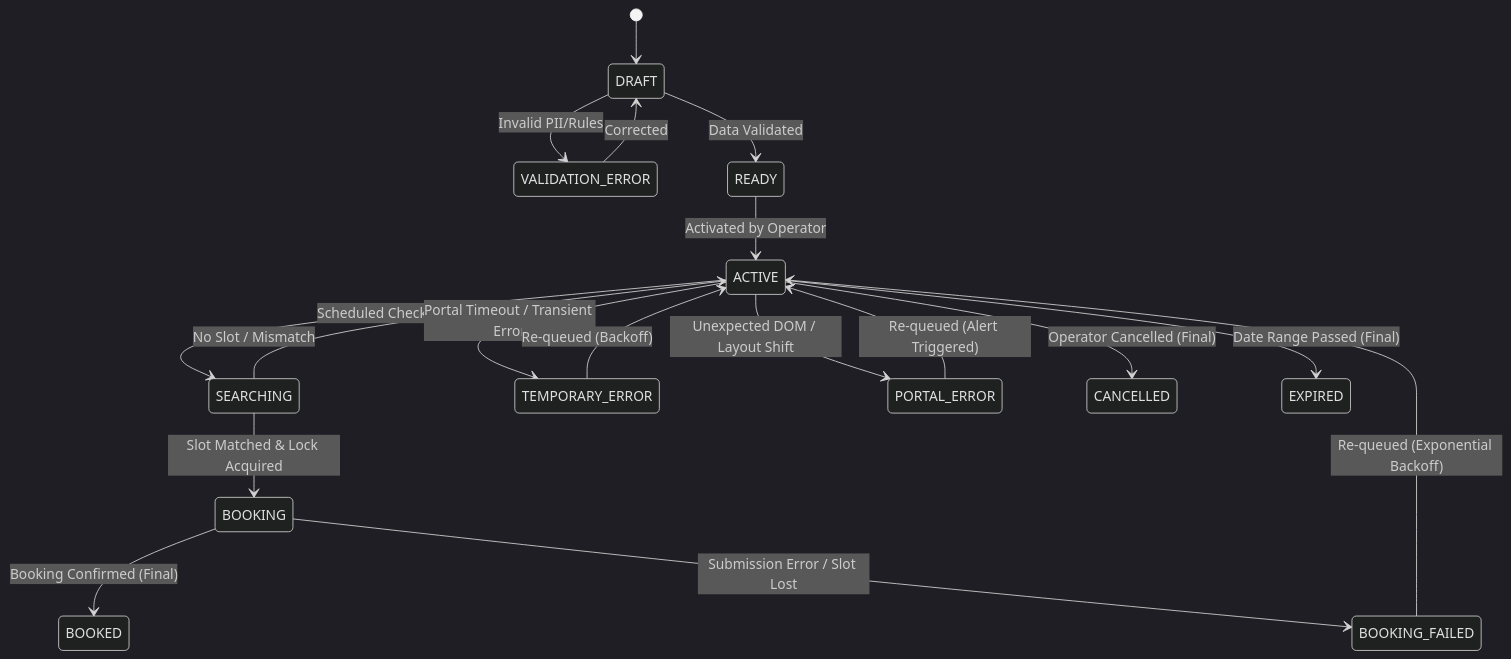
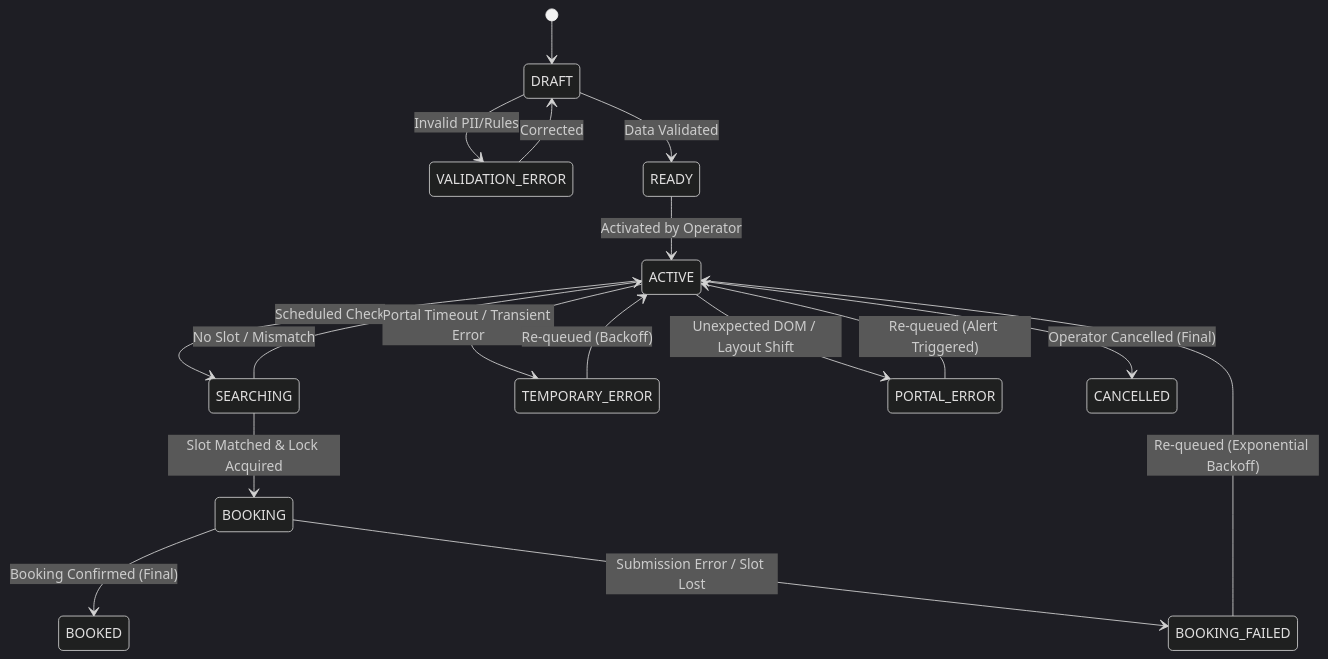
Before and after one commit to abdulsamed1/aegisflow: the diagram in docs/prd.md, drawn with Mermaid (dark theme). The commit also changed other lines of this file and 13 other files, not shown here.

````diff
--- a/docs/prd.md
+++ b/docs/prd.md
@@ -49,20 +51,19 @@
 ```mermaid
 stateDiagram-v2
     [*] --> DRAFT
     DRAFT --> VALIDATION_ERROR: Invalid PII/Rules
     VALIDATION_ERROR --> DRAFT: Corrected
     DRAFT --> READY: Data Validated
     READY --> ACTIVE: Activated by Operator
     ACTIVE --> SEARCHING: Scheduled Check
     SEARCHING --> ACTIVE: No Slot / Mismatch
     SEARCHING --> BOOKING: Slot Matched & Lock Acquired
     BOOKING --> BOOKED: Booking Confirmed (Final)
     BOOKING --> BOOKING_FAILED: Submission Error / Slot Lost
     BOOKING_FAILED --> ACTIVE: Re-queued (Exponential Backoff)
     ACTIVE --> TEMPORARY_ERROR: Portal Timeout / Transient Error
     TEMPORARY_ERROR --> ACTIVE: Re-queued (Backoff)
     ACTIVE --> PORTAL_ERROR: Unexpected DOM / Layout Shift
     PORTAL_ERROR --> ACTIVE: Re-queued (Alert Triggered)
     ACTIVE --> CANCELLED: Operator Cancelled (Final)
-    ACTIVE --> EXPIRED: Date Range Passed (Final)
 ```
````
